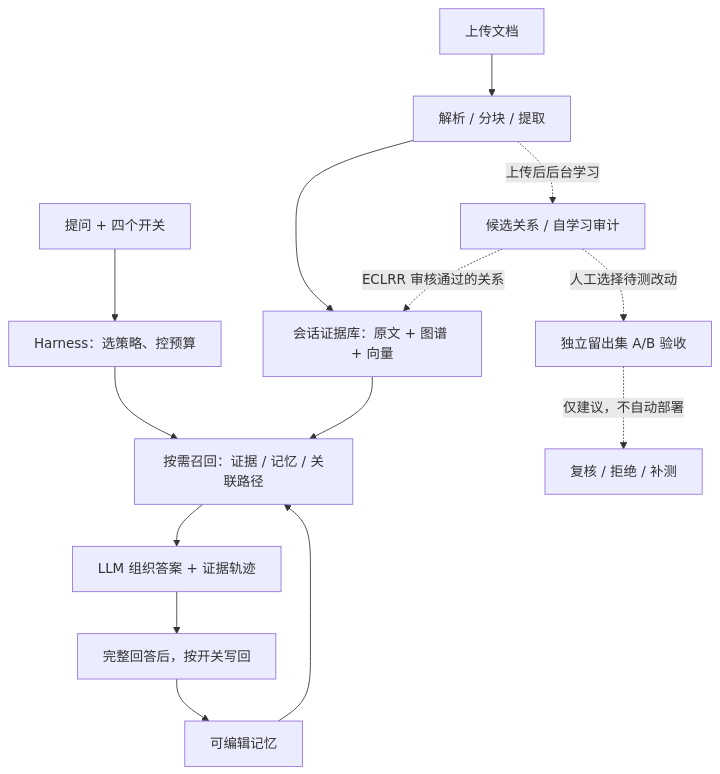
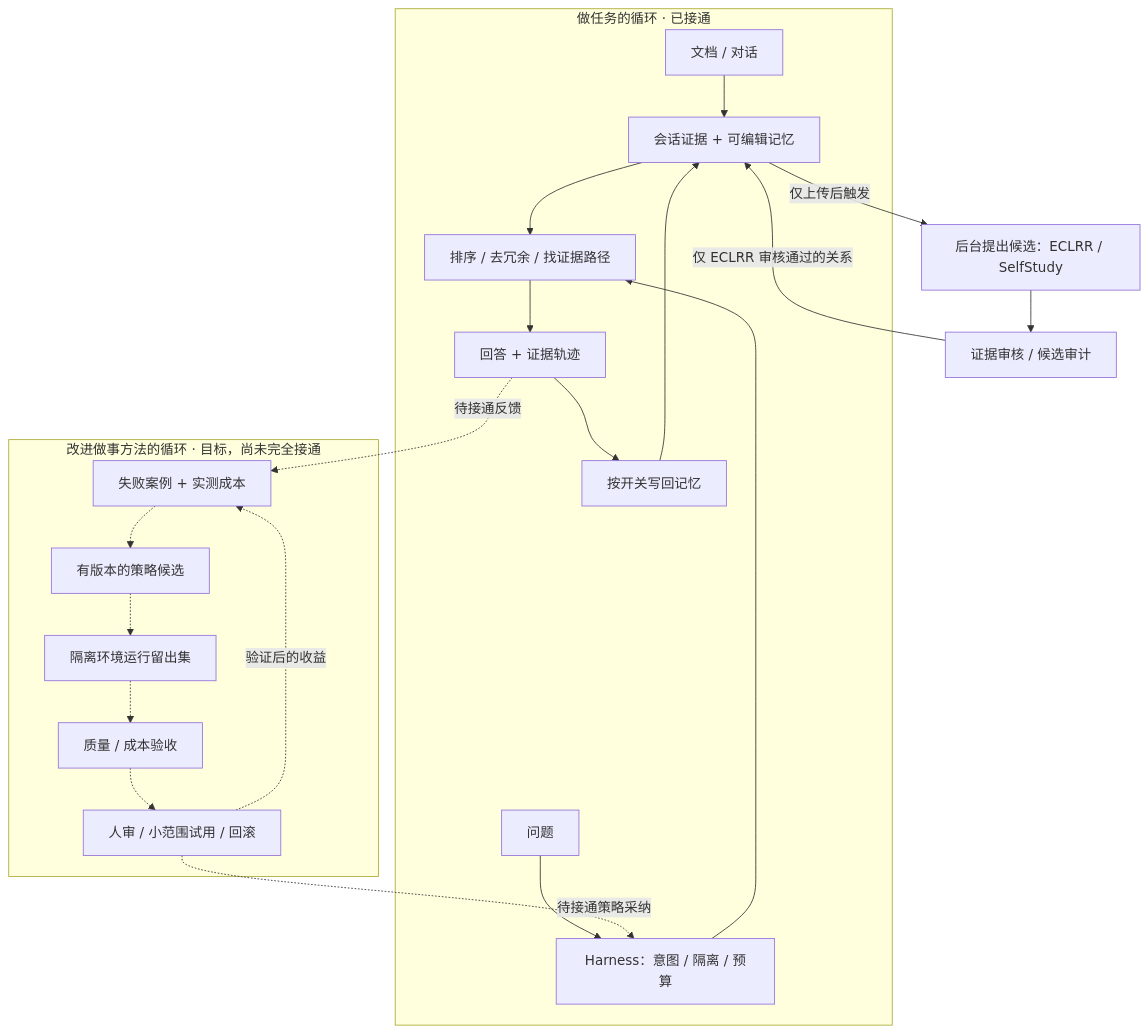
The diagram in README.zh-CN.md (Yang-Jiashu/Doc-thinker), drawn with Mermaid before and after one commit. The commit also changed other lines of this file and 27 other files, not shown here.

````diff
--- a/README.zh-CN.md
+++ b/README.zh-CN.md
@@ -36,16 +40,24 @@
 ```mermaid
 flowchart TD
-    U["上传文档"] --> I["解析 / 分块 / 提取"]
-    I --> S["会话证据库：原文 + 图谱 + 向量"]
-    Q["提问 + 四个开关"] --> H["Harness：选策略、控预算"]
-    H --> R["按需召回：证据 / 记忆 / 关联路径"]
-    S --> R
-    M["可编辑记忆"] --> R
-    R --> A["LLM 组织答案 + 证据轨迹"]
-    A --> W["完整回答后，按开关写回"]
-    W --> M
-    I -.上传后后台学习.-> C["候选关系 / 自学习审计"]
-    C -.ECLRR 审核通过的关系.-> S
-    C -.人工选择待测改动.-> E["独立留出集 A/B 验收"]
-    E -.仅建议，不自动部署.-> V["复核 / 拒绝 / 补测"]
+    subgraph Runtime["做任务的循环 · 已接通"]
+        U["文档 / 对话"] --> S["会话证据 + 可编辑记忆"]
+        Q["问题"] --> H["Harness：意图 / 隔离 / 预算"]
+        H --> R["排序 / 去冗余 / 找证据路径"]
+        S --> R
+        R --> A["回答 + 证据轨迹"]
+        A --> W["按开关写回记忆"]
+        W --> S
+    end
+    S -->|仅上传后触发| C["后台提出候选：ECLRR / SelfStudy"]
+    C --> D["证据审核 / 候选审计"]
+    D -->|仅 ECLRR 审核通过的关系| S
+    subgraph Improvement["改进做事方法的循环 · 目标，尚未完全接通"]
+        F["失败案例 + 实测成本"] -.-> V["有版本的策略候选"]
+        V -.-> E["隔离环境运行留出集"]
+        E -.-> G["质量 / 成本验收"]
+        G -.-> P["人审 / 小范围试用 / 回滚"]
+        P -.验证后的收益.-> F
+    end
+    A -.待接通反馈.-> F
+    P -.待接通策略采纳.-> H
 ```
````
